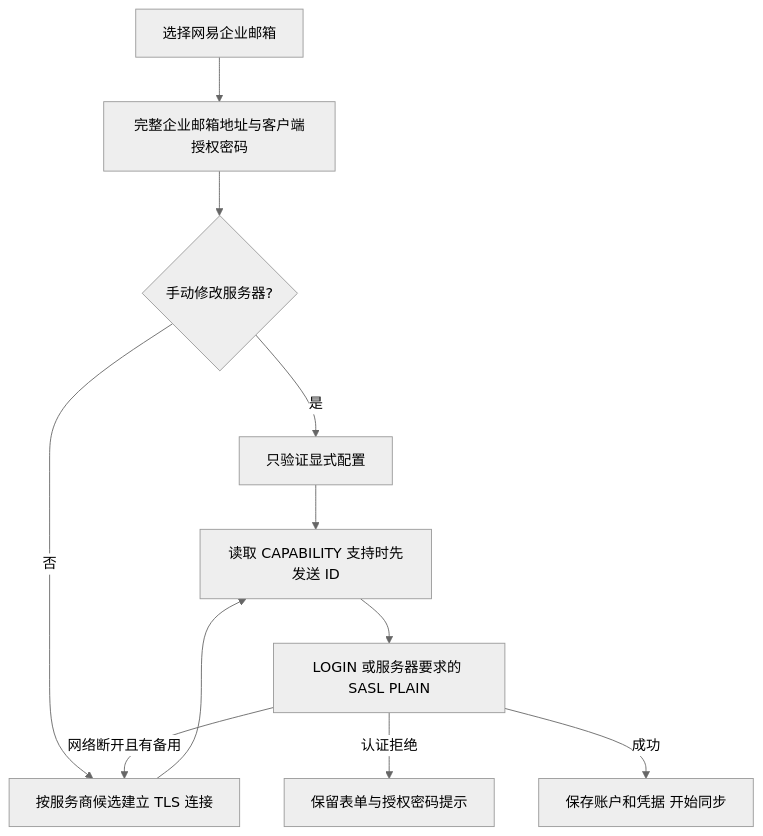
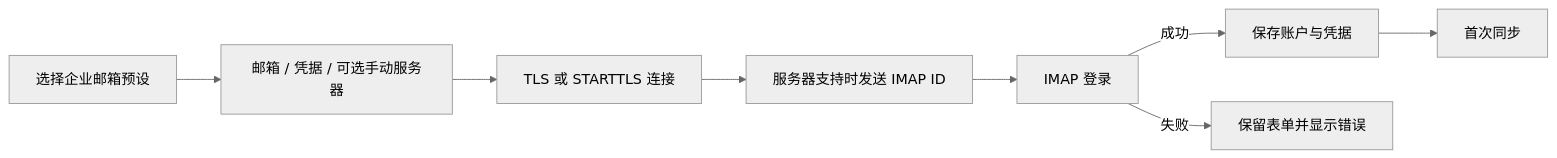
The diagram in docs/enterprise-mail.md (OpenFabrica/mailfabrica), drawn with Mermaid (neutral theme) before and after one commit. The commit also changed other lines of this file and 146 other files, not shown here.

````diff
--- a/docs/enterprise-mail.md
+++ b/docs/enterprise-mail.md
@@ -9,13 +21,10 @@
 ```mermaid
-flowchart TD
-    A[选择网易企业邮箱] --> B[完整企业邮箱地址与客户端授权密码]
-    B --> C{手动修改服务器?}
-    C -->|是| D[只验证显式配置]
-    C -->|否| E[按服务商候选建立 TLS 连接]
-    E --> F[读取 CAPABILITY 支持时先发送 ID]
-    D --> F
-    F --> G[LOGIN 或服务器要求的 SASL PLAIN]
-    G -->|网络断开且有备用| E
-    G -->|认证拒绝| H[保留表单与授权密码提示]
-    G -->|成功| I[保存账户和凭据 开始同步]
+flowchart LR
+    Provider[选择企业邮箱预设] --> Fields[邮箱 / 凭据 / 可选手动服务器]
+    Fields --> TLS[TLS 或 STARTTLS 连接]
+    TLS --> ID[服务器支持时发送 IMAP ID]
+    ID --> Login[IMAP 登录]
+    Login -->|成功| Save[保存账户与凭据]
+    Save --> Sync[首次同步]
+    Login -->|失败| Error[保留表单并显示错误]
 ```
````
